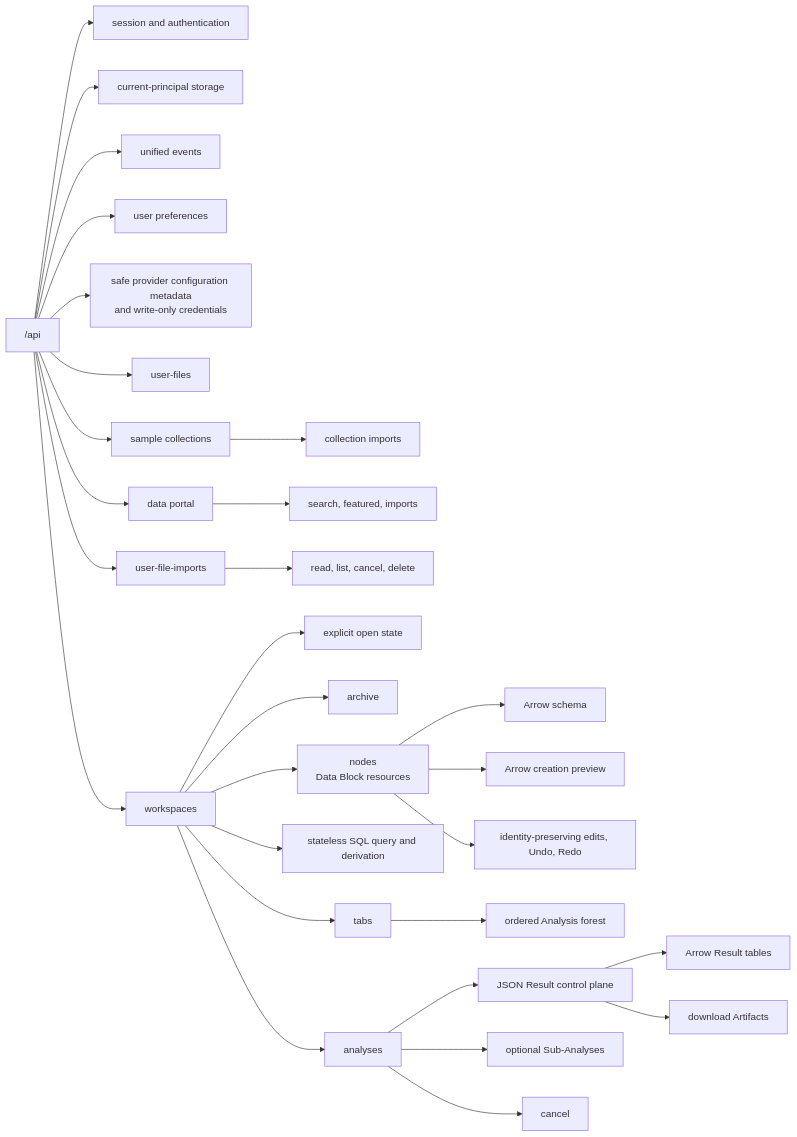
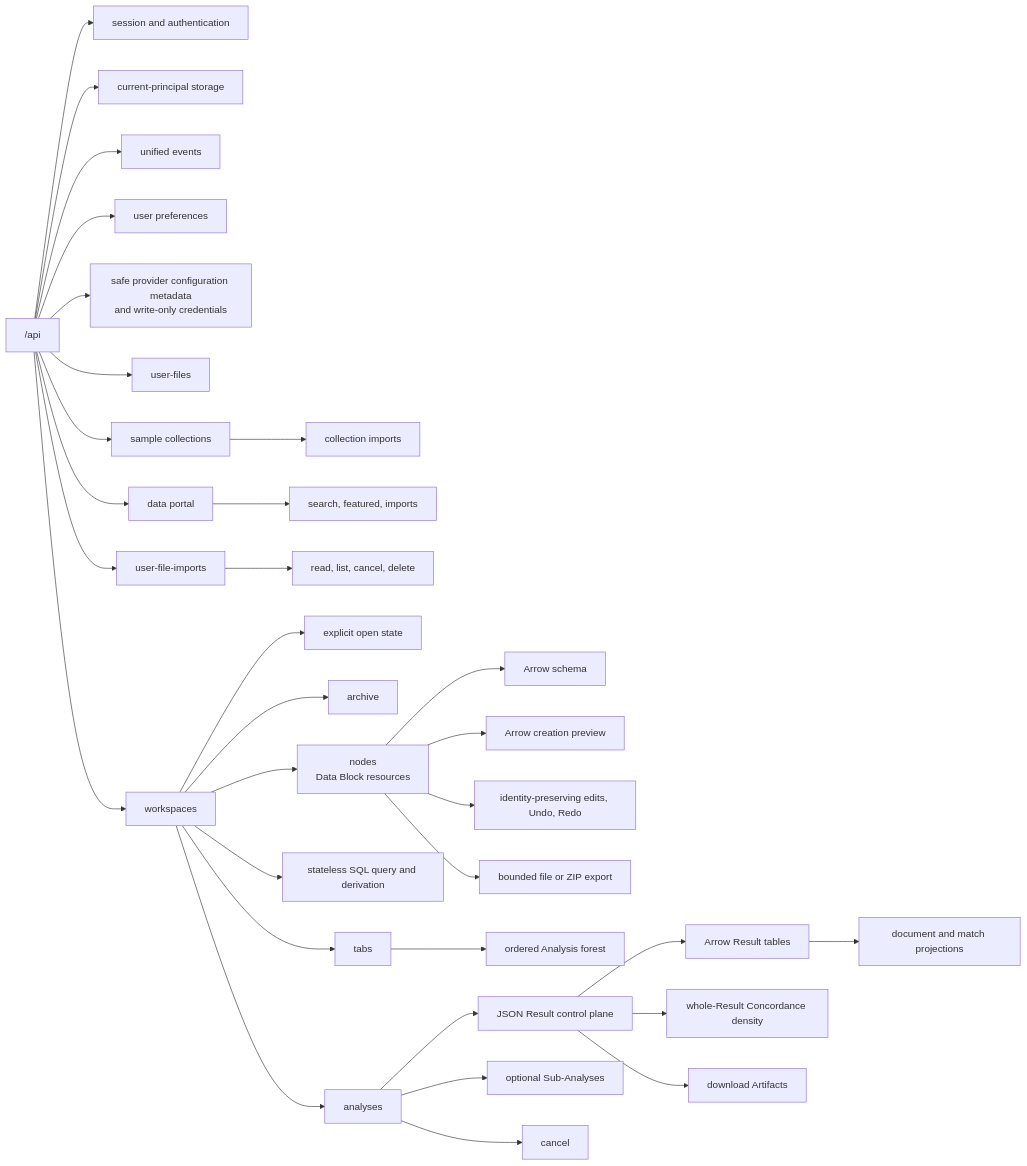
Before and after one commit to Australian-Text-Analytics-Platform/ldaca_web_app: the diagram in docs/architecture/backend/http-api.md, drawn with Mermaid. The commit also changed other lines of this file and 21 other files, not shown here.

Commit message:
docs(results): record result projections and exports

````diff
--- a/docs/architecture/backend/http-api.md
+++ b/docs/architecture/backend/http-api.md
@@ -15,35 +15,38 @@
 ```mermaid
 flowchart LR
     API["/api"] --> SESSION["session and authentication"]
     API --> STORAGE["current-principal storage"]
     API --> EVENTS["unified events"]
     API --> PREFERENCES["user preferences"]
     API --> CREDENTIALS["safe provider configuration metadata<br/>and write-only credentials"]
     API --> FILES["user-files"]
     API --> SAMPLES["sample collections"]
     API --> PORTAL["data portal"]
     API --> IMPORTS["user-file-imports"]
     API --> WORKSPACES["workspaces"]
 
     SAMPLES --> SAMPLE_IMPORT["collection imports"]
     PORTAL --> PORTAL_IMPORT["search, featured, imports"]
     IMPORTS --> IMPORT_CANCEL["read, list, cancel, delete"]
 
     WORKSPACES --> OPEN["explicit open state"]
     WORKSPACES --> ARCHIVE["archive"]
     WORKSPACES --> NODES["nodes<br/>Data Block resources"]
     WORKSPACES --> SQL["stateless SQL query and derivation"]
     WORKSPACES --> TABS["tabs"]
     WORKSPACES --> ANALYSES["analyses"]
 
     NODES --> SCHEMA["Arrow schema"]
     NODES --> PREVIEWS["Arrow creation preview"]
     NODES --> EDITS["identity-preserving edits, Undo, Redo"]
+    NODES --> EXPORTS["bounded file or ZIP export"]
 
     TABS --> FOREST["ordered Analysis forest"]
     ANALYSES --> RESULT["JSON Result control plane"]
     RESULT --> TABLES["Arrow Result tables"]
+    TABLES --> PROJECTIONS["document and match projections"]
+    RESULT --> DENSITY["whole-Result Concordance density"]
     RESULT --> ARTIFACTS["download Artifacts"]
     ANALYSES --> SUB["optional Sub-Analyses"]
     ANALYSES --> CANCEL["cancel"]
 ```
````
